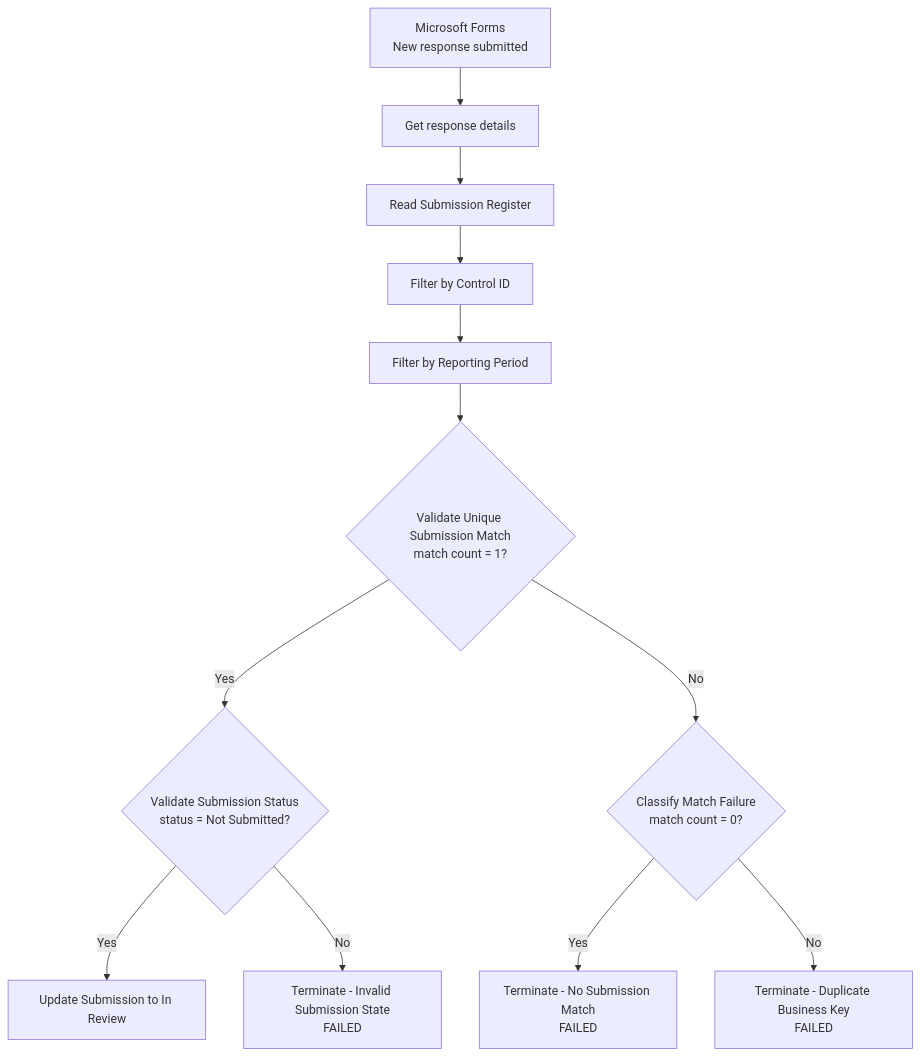
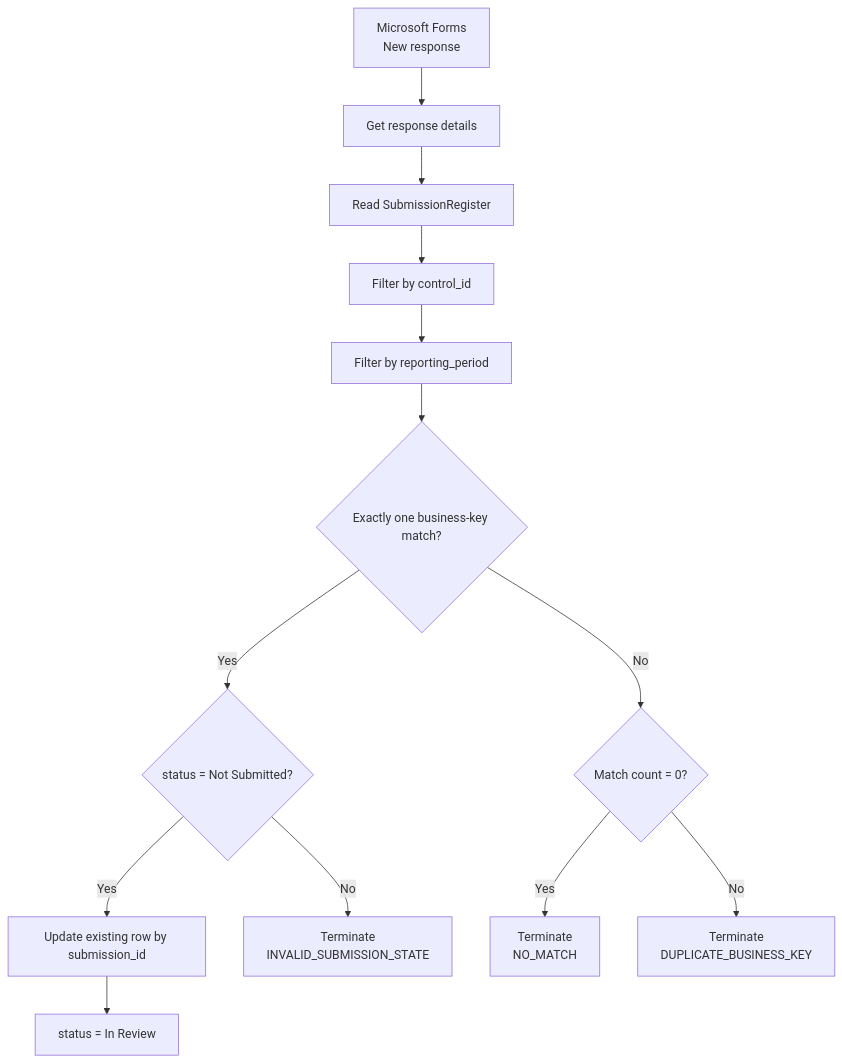
The diagram in docs/phase5_evidence_intake.md (gw-ai-security/cyber-governance-automation-lab), drawn with Mermaid before and after one commit. The commit also changed other lines of this file, not shown here.

````diff
--- a/docs/phase5_evidence_intake.md
+++ b/docs/phase5_evidence_intake.md
@@ -281,16 +253,17 @@
 ```mermaid
 flowchart TD
-    A[Microsoft Forms<br/>New response submitted] --> B[Get response details]
-    B --> C[Read Submission Register]
-    C --> D[Filter by Control ID]
-    D --> E[Filter by Reporting Period]
-    E --> F{Validate Unique Submission Match<br/>match count = 1?}
+    A[Microsoft Forms<br/>New response] --> B[Get response details]
+    B --> C[Read SubmissionRegister]
+    C --> D[Filter by control_id]
+    D --> E[Filter by reporting_period]
+    E --> F{Exactly one business-key match?}
 
-    F -->|Yes| G{Validate Submission Status<br/>status = Not Submitted?}
-    G -->|Yes| H[Update Submission to In Review]
-    G -->|No| I[Terminate - Invalid Submission State<br/>FAILED]
+    F -->|Yes| G{status = Not Submitted?}
+    G -->|Yes| H[Update existing row by submission_id]
+    H --> I[status = In Review]
+    G -->|No| J[Terminate<br/>INVALID_SUBMISSION_STATE]
 
-    F -->|No| J{Classify Match Failure<br/>match count = 0?}
-    J -->|Yes| K[Terminate - No Submission Match<br/>FAILED]
-    J -->|No| L[Terminate - Duplicate Business Key<br/>FAILED]
+    F -->|No| K{Match count = 0?}
+    K -->|Yes| L[Terminate<br/>NO_MATCH]
+    K -->|No| M[Terminate<br/>DUPLICATE_BUSINESS_KEY]
 ```
````
